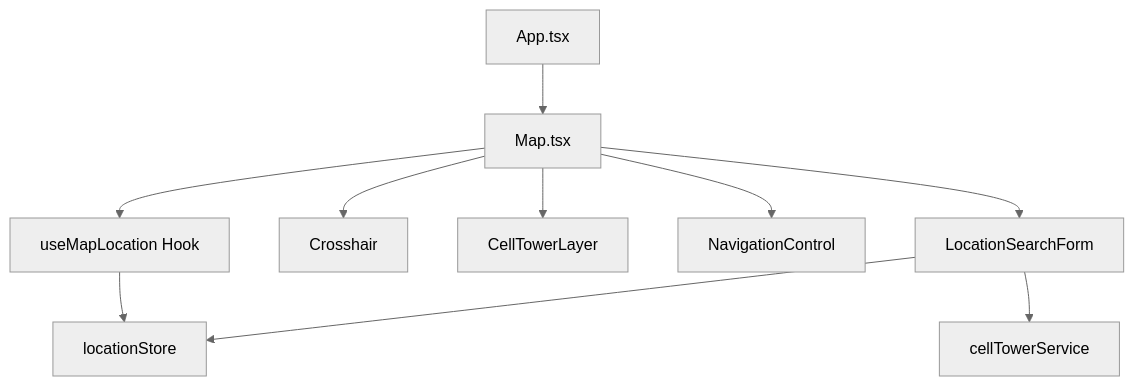
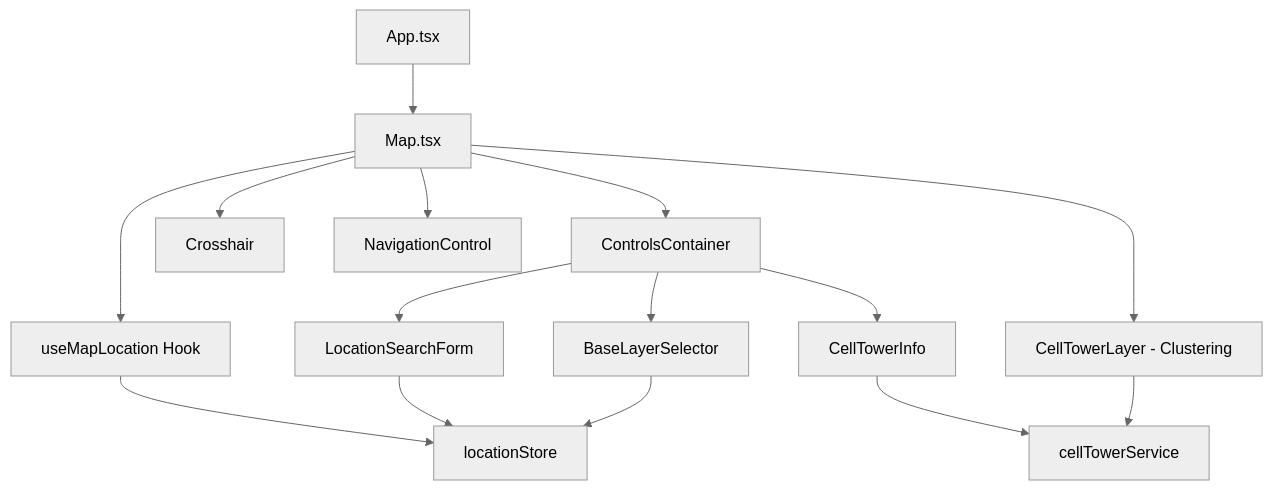
The first of 3 diagrams in maplibre-gl-experiment/README.md (cebartling/react-experiments), drawn with Mermaid (neutral theme) before and after one commit. The commit also changed other lines of this file and 1 other file, not shown here.

Commit message:
docs: updating for occurrence clustering

````diff
--- a/maplibre-gl-experiment/README.md
+++ b/maplibre-gl-experiment/README.md
@@ -64,12 +72,17 @@
 ```mermaid
 graph TD
     A[App.tsx] --> B[Map.tsx]
-    B --> C[LocationSearchForm]
-    B --> D[Crosshair]
-    B --> E[CellTowerLayer]
-    B --> F[NavigationControl]
-    B --> G[useMapLocation Hook]
-    G --> H[locationStore]
-    C --> H
-    C --> I[cellTowerService]
+    B --> C[ControlsContainer]
+    C --> D[LocationSearchForm]
+    C --> E[BaseLayerSelector]
+    C --> F[CellTowerInfo]
+    B --> G[Crosshair]
+    B --> H[CellTowerLayer - Clustering]
+    B --> I[NavigationControl]
+    B --> J[useMapLocation Hook]
+    J --> K[locationStore]
+    D --> K
+    E --> K
+    F --> L[cellTowerService]
+    H --> L
 ```
````
